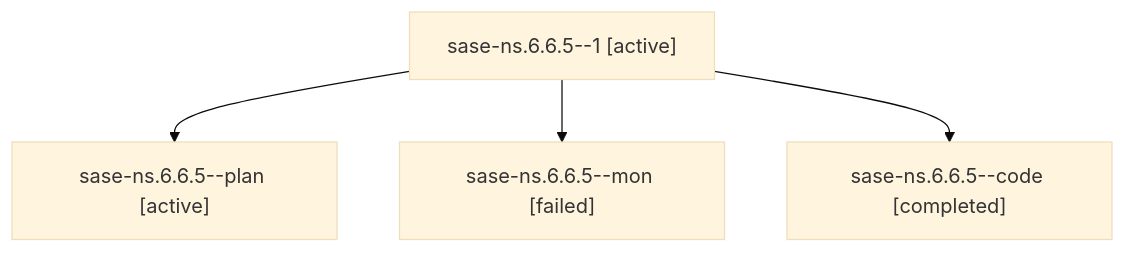
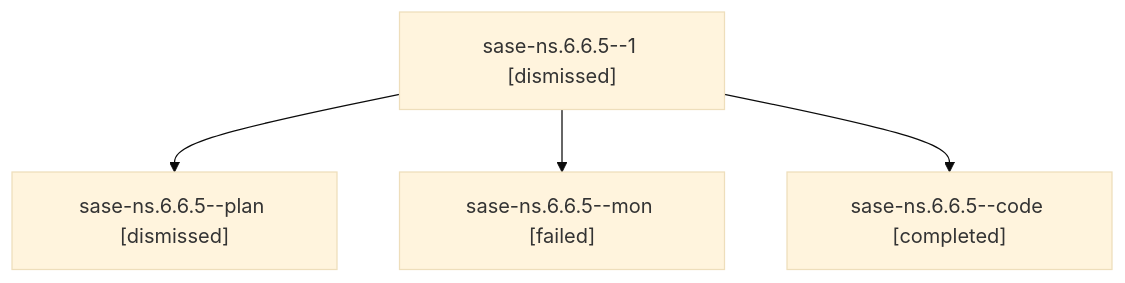
One commit to sase-org/sase--agents changed the diagram in sessions/bbugyi200.athena.sase-ns.6.6.5.md. Above: the diagram before and after it, drawn with Mermaid (base theme). The commit also changed other lines of this file and 219 other files, not shown here.

````diff
--- a/sessions/bbugyi200.athena.sase-ns.6.6.5.md
+++ b/sessions/bbugyi200.athena.sase-ns.6.6.5.md
@@ -9,10 +9,10 @@
 ```mermaid
 flowchart TD
-  n0["sase-ns.6.6.5--1 [active]"]
-  n1["sase-ns.6.6.5--plan [active]"]
+  n0["sase-ns.6.6.5--1 [dismissed]"]
+  n1["sase-ns.6.6.5--plan [dismissed]"]
   n0 --> n1
   n2["sase-ns.6.6.5--mon [failed]"]
   n0 --> n2
   n3["sase-ns.6.6.5--code [completed]"]
   n0 --> n3
 ```
````
